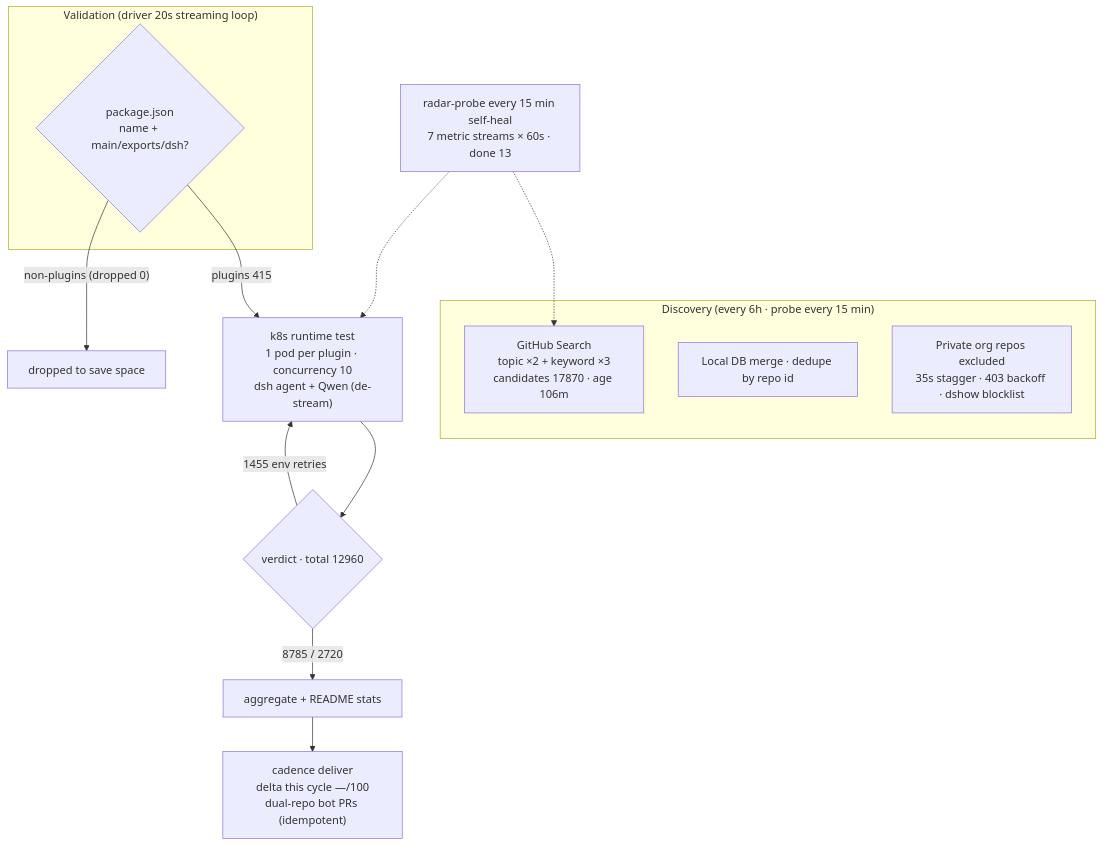
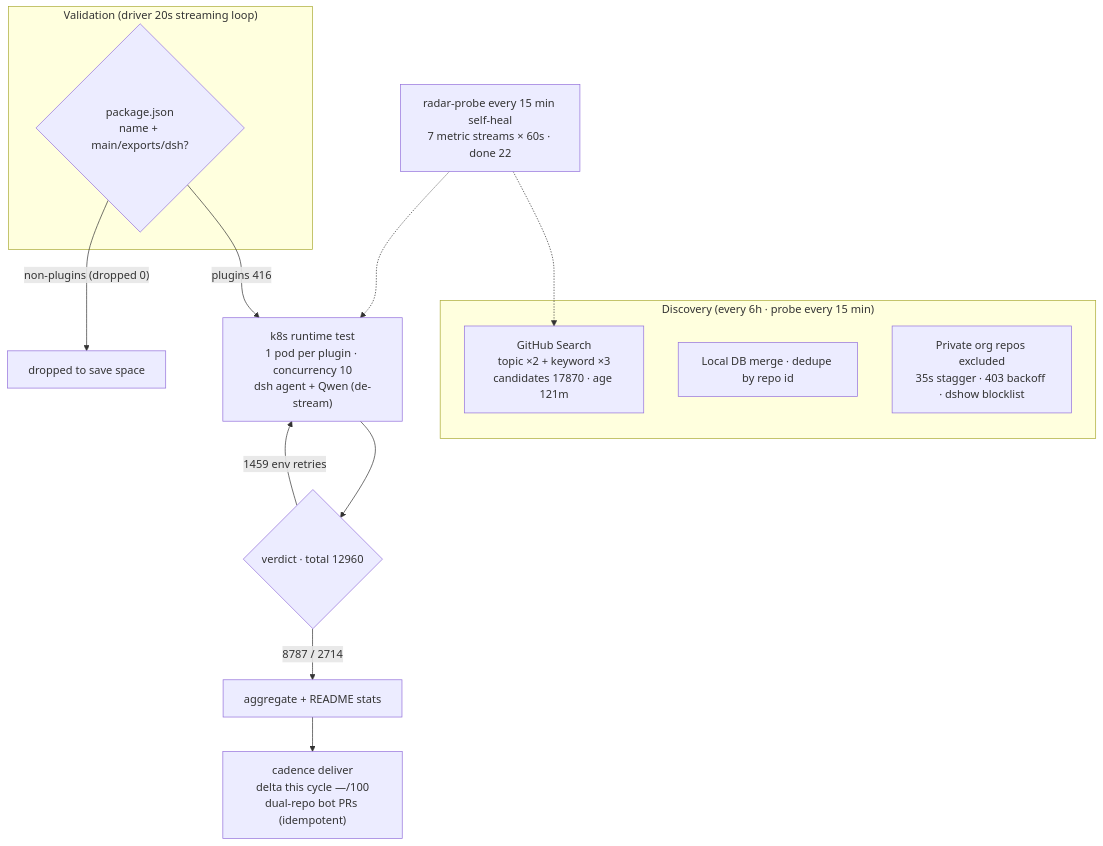
One commit to AdamPlatin123/awesome-dsh-plugins changed the diagram in README.en-US.md. Above: the diagram before and after it, drawn with Mermaid. The commit also changed other lines of this file and 5 other files, not shown here.

````diff
--- a/README.en-US.md
+++ b/README.en-US.md
@@ -45,20 +45,20 @@
 ```mermaid
 flowchart TB
     subgraph Discovery["Discovery (every 6h · probe every 15 min)"]
-        A1["GitHub Search<br/>topic ×2 + keyword ×3<br/>candidates 17870 · age 106m"]
+        A1["GitHub Search<br/>topic ×2 + keyword ×3<br/>candidates 17870 · age 121m"]
         A2["Local DB merge · dedupe by repo id"]
         A3["Private org repos excluded<br/>35s stagger · 403 backoff · dshow blocklist"]
     end
     subgraph Validation["Validation (driver 20s streaming loop)"]
         B1{"package.json<br/>name + main/exports/dsh?"}
     end
-    B1 -->|"plugins 415"| C1["k8s runtime test<br/>1 pod per plugin · concurrency 10<br/>dsh agent + Qwen (de-stream)"]
+    B1 -->|"plugins 416"| C1["k8s runtime test<br/>1 pod per plugin · concurrency 10<br/>dsh agent + Qwen (de-stream)"]
     B1 -->|"non-plugins (dropped 0)"| B3["dropped to save space"]
     C1 --> D1{"verdict · total 12960"}
-    D1 -->|"8785 / 2720"| E1["aggregate + README stats"]
-    D1 -->|"1455 env retries"| C1
+    D1 -->|"8787 / 2714"| E1["aggregate + README stats"]
+    D1 -->|"1459 env retries"| C1
     E1 --> E2["cadence deliver<br/>delta this cycle —/100<br/>dual-repo bot PRs (idempotent)"]
-    M["radar-probe every 15 min self-heal<br/>7 metric streams × 60s · done 13"]
+    M["radar-probe every 15 min self-heal<br/>7 metric streams × 60s · done 22"]
     M -.-> A1
     M -.-> C1
 ```
````
